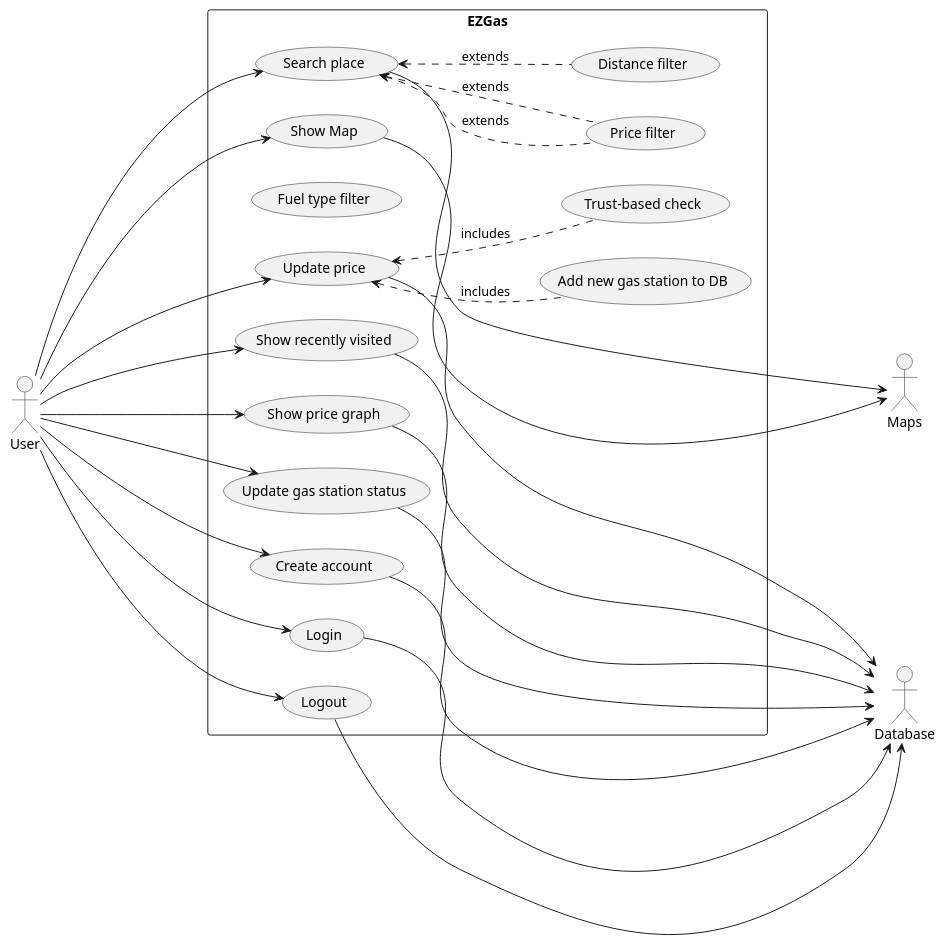
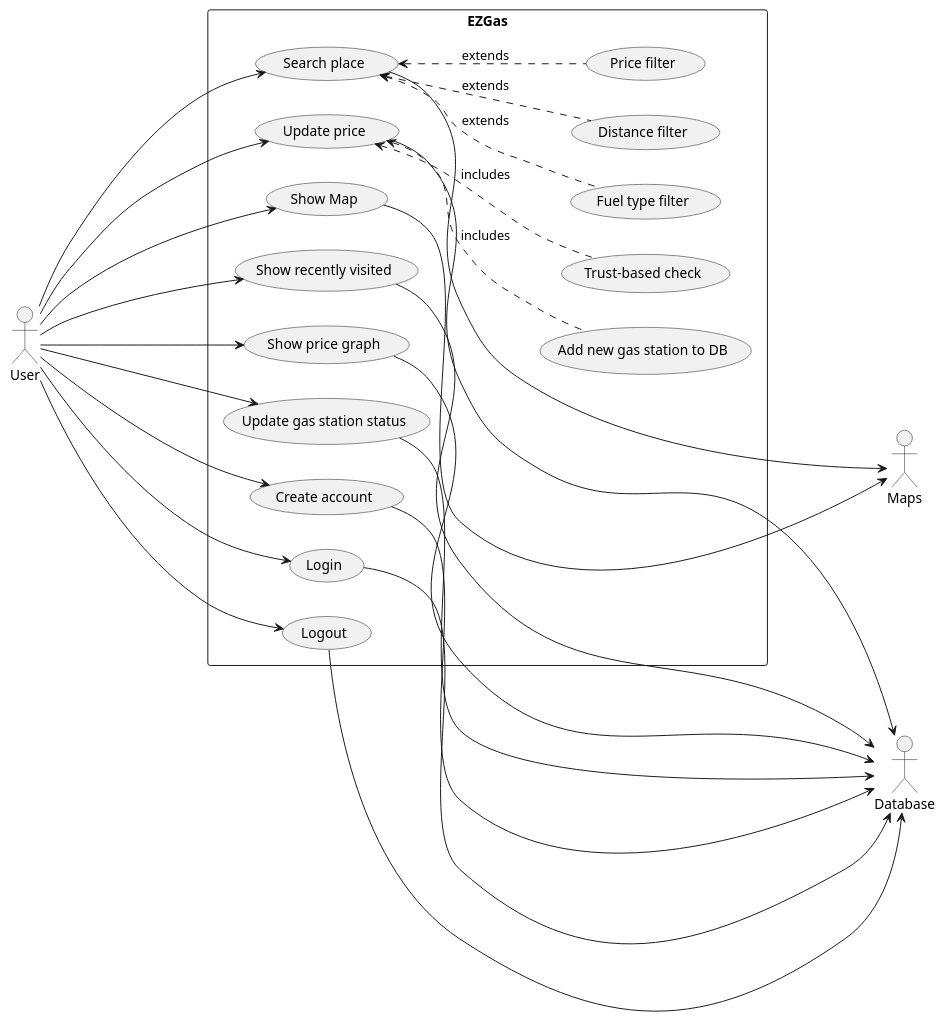
The second of 2 diagrams in docs/RequirementsDocument.md (e-caste/SoftEng-EZGas), drawn with PlantUML before and after one commit.

Commit message:
fix typo in use case diagram

````diff
--- a/docs/RequirementsDocument.md
+++ b/docs/RequirementsDocument.md
@@ -106,46 +106,46 @@
 ```plantuml
 left to right direction
 actor User as U
 actor Database as DB
 actor Maps as M
 rectangle EZGas {
     usecase "Show Map" as FR1
     usecase "Search place" as FR2
     usecase "Distance filter" as FR2.1
     usecase "Price filter" as FR2.2
     usecase "Fuel type filter" as FR2.3
     usecase "Show recently visited" as FR3
     usecase "Update price" as FR4
     usecase "Trust-based check" as FR4.1
     usecase "Add new gas station to DB" as FR4.2
     usecase "Show price graph" as FR5
     usecase "Update gas station status" as FR6
     usecase "Create account" as FR7
     usecase "Login" as FR7.1
     usecase "Logout" as FR7.2
 }
 
 U ----> FR1
 U --> FR2
 U --> FR3
 U --> FR4
 U --> FR5
 U --> FR6
 U --> FR7
 U --> FR7.1
 U --> FR7.2
 FR1 ---> M
 FR2 ----> M
 FR2 <-. FR2.1 : extends
 FR2 <-. FR2.2 : extends
-FR2 <-. FR2.2 : extends
+FR2 <-. FR2.3 : extends
 FR3 ---> DB
 FR4 ---> DB
 FR4 <-. FR4.1  : includes
 FR4 <-. FR4.2 : includes
 FR5 ----> DB
 FR6 ---> DB
 FR7 ---> DB
 FR7.1 ---> DB
 FR7.2 ---> DB
 ```
````
